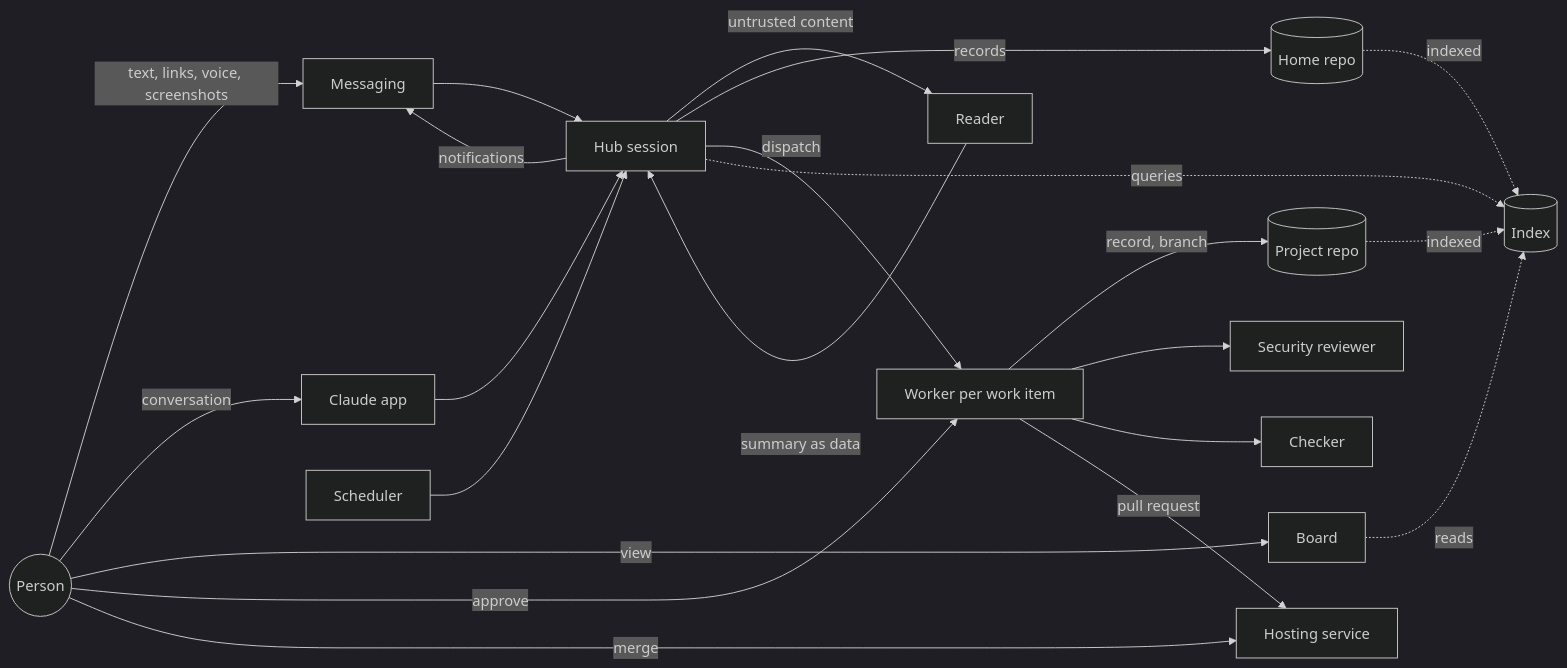
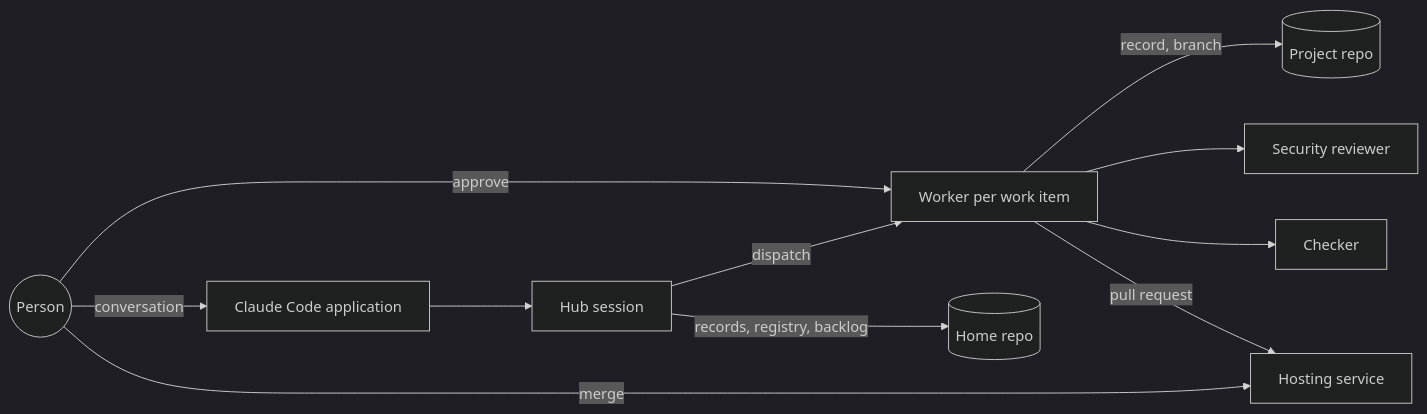
Before and after one commit to twoends/honsha: the diagram in docs/01-specs/ARCHITECTURE.md, drawn with Mermaid (dark theme). The commit also changed other lines of this file and 8 other files, not shown here.

````diff
--- a/docs/01-specs/ARCHITECTURE.md
+++ b/docs/01-specs/ARCHITECTURE.md
@@ -42,24 +39,13 @@
 ```mermaid
 flowchart LR
-  P((Person)) -- text, links, voice, screenshots --> M[Messaging]
-  P -- conversation --> A[Claude app]
-  P -- view --> B[Board]
+  P((Person)) -- conversation --> A[Claude Code application]
+  A --> H[Hub session]
   P -- approve --> W
-  M --> H[Hub session]
-  A --> H
-  H -- untrusted content --> R[Reader]
-  R -- summary as data --> H
-  H -- records --> HOME[(Home repo)]
+  H -- records, registry, backlog --> HOME[(Home repo)]
   H -- dispatch --> W[Worker per work item]
   W -- record, branch --> PRJ[(Project repo)]
   W --> SR[Security reviewer]
   W --> C[Checker]
   W -- pull request --> GH[Hosting service]
   P -- merge --> GH
-  S[Scheduler] --> H
-  HOME -. indexed .-> X[(Index)]
-  PRJ -. indexed .-> X
-  B -. reads .-> X
-  H -. queries .-> X
-  H -- notifications --> M
 ```
````
